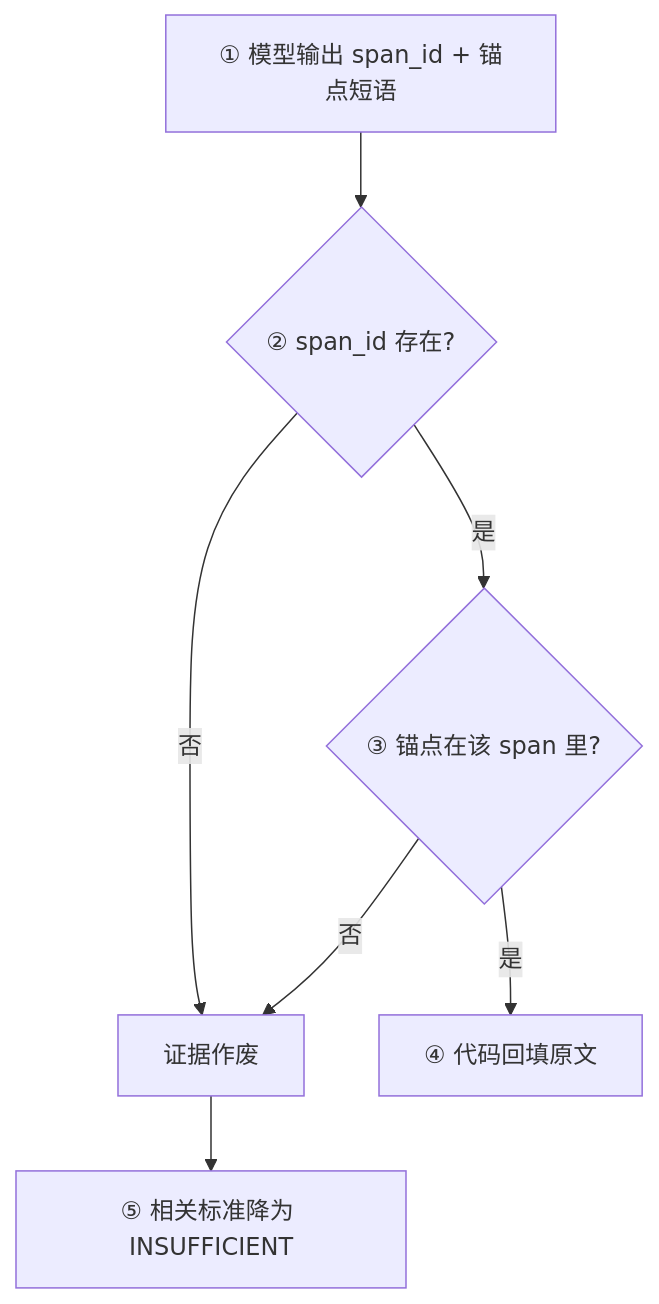
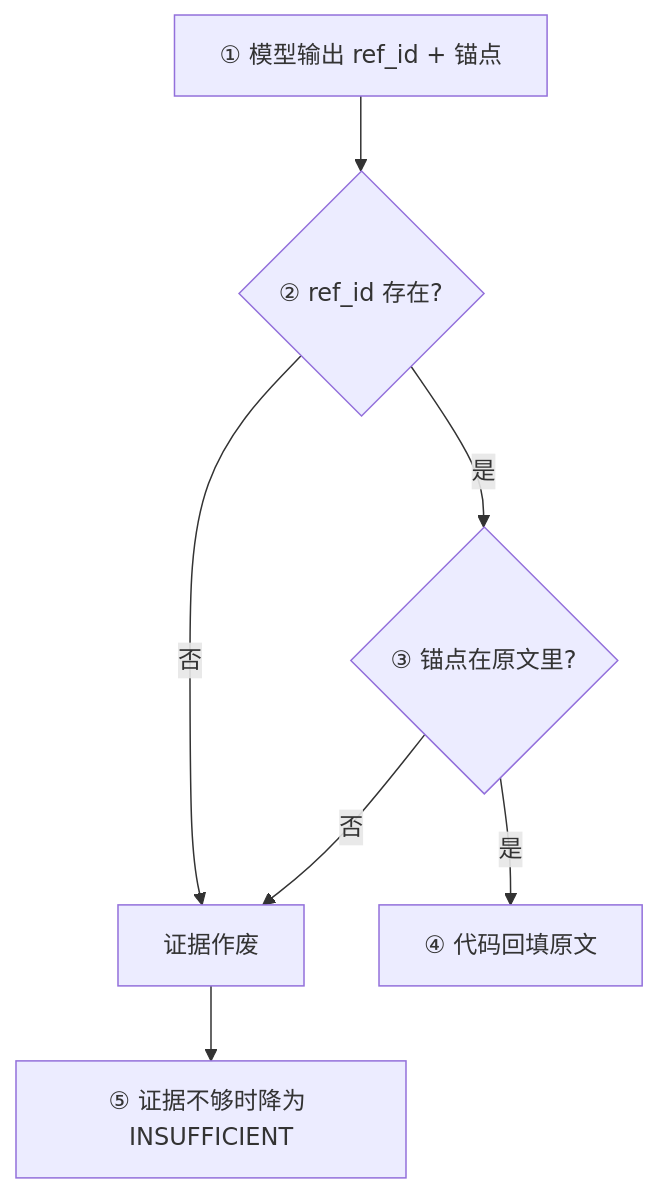
One commit to cherry-nancy/claims_agentic_system changed the fifth of 9 diagrams in plan/snf_pa_consensus_work_plan_1025.md. Above: the diagram before and after it, drawn with Mermaid. The commit also changed other lines of this file, not shown here.

````diff
--- a/plan/snf_pa_consensus_work_plan_1025.md
+++ b/plan/snf_pa_consensus_work_plan_1025.md
@@ -458,9 +381,9 @@
 ```mermaid
 flowchart TD
-  M["① 模型输出 span_id + 锚点短语"] --> C1{"② span_id 存在?"}
+  M["① 模型输出 ref_id + 锚点"] --> C1{"② ref_id 存在?"}
   C1 -- 否 --> X["证据作废"]
-  C1 -- 是 --> C2{"③ 锚点在该 span 里?"}
+  C1 -- 是 --> C2{"③ 锚点在原文里?"}
   C2 -- 否 --> X
   C2 -- 是 --> F["④ 代码回填原文"]
-  X --> R["⑤ 相关标准降为 INSUFFICIENT"]
+  X --> R["⑤ 证据不够时降为 INSUFFICIENT"]
 ```
````
